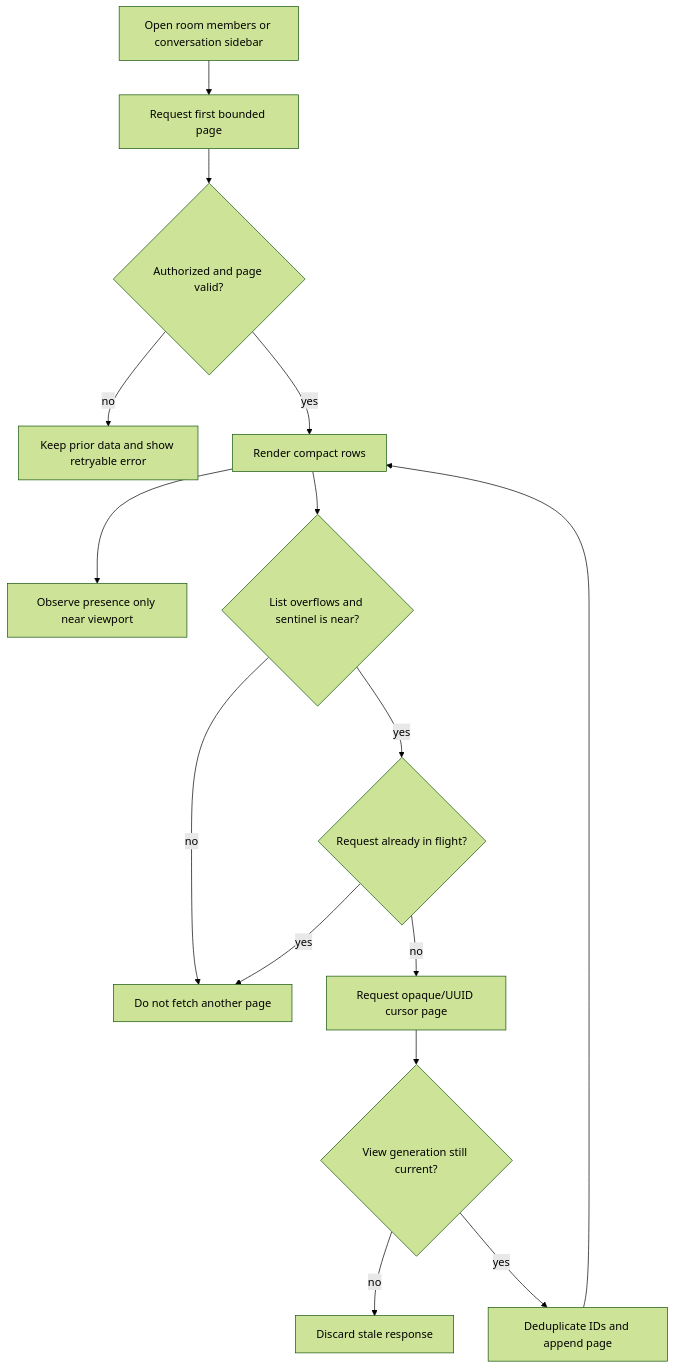
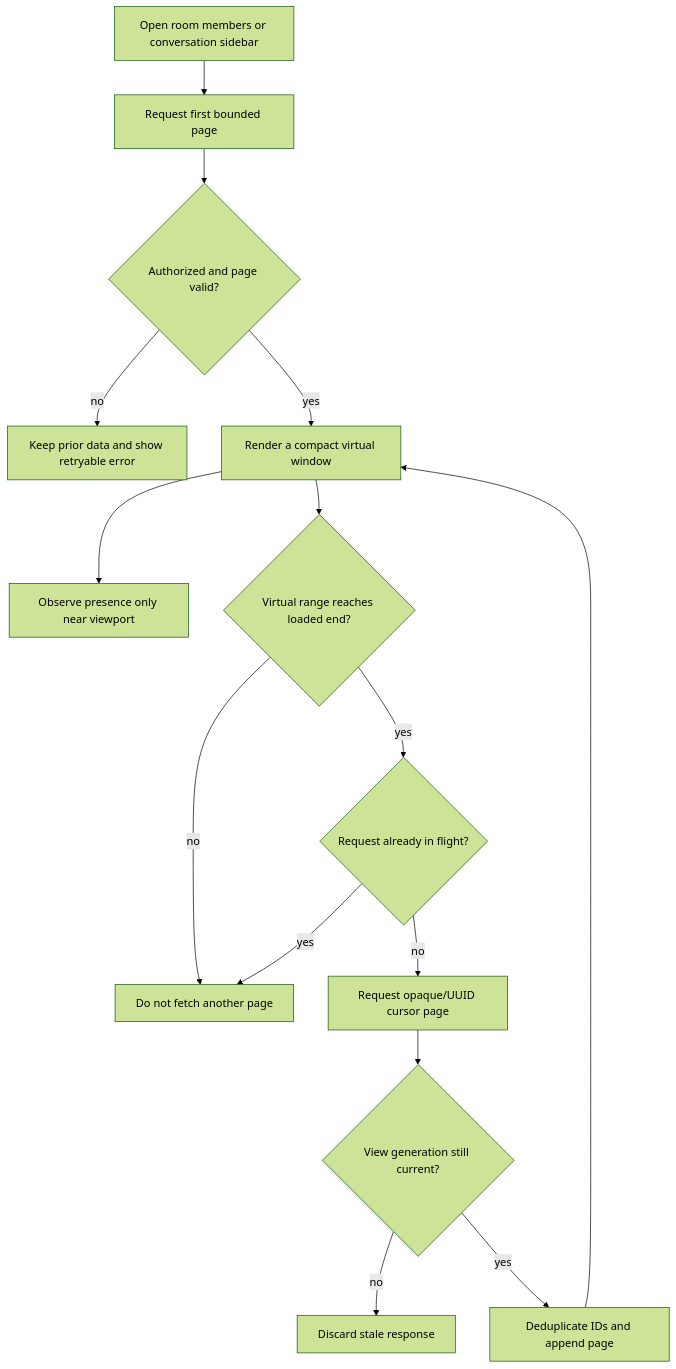
The fourth of 4 diagrams in docs/flows/presence-and-large-directory.md (CaoNhatLinh/ChatApp), drawn with Mermaid (forest theme) before and after one commit. The commit also changed other lines of this file and 13 other files, not shown here.

````diff
--- a/docs/flows/presence-and-large-directory.md
+++ b/docs/flows/presence-and-large-directory.md
@@ -145,17 +146,17 @@
 ```mermaid
 flowchart TD
   A[Open room members or conversation sidebar] --> B[Request first bounded page]
   B --> C{Authorized and page valid?}
   C -- no --> D[Keep prior data and show retryable error]
-  C -- yes --> E[Render compact rows]
+  C -- yes --> E[Render a compact virtual window]
   E --> F[Observe presence only near viewport]
-  E --> G{List overflows and sentinel is near?}
+  E --> G{Virtual range reaches loaded end?}
   G -- no --> H[Do not fetch another page]
   G -- yes --> I{Request already in flight?}
   I -- yes --> H
   I -- no --> J[Request opaque/UUID cursor page]
   J --> K{View generation still current?}
   K -- no --> L[Discard stale response]
   K -- yes --> M[Deduplicate IDs and append page]
   M --> E
 ```
````
